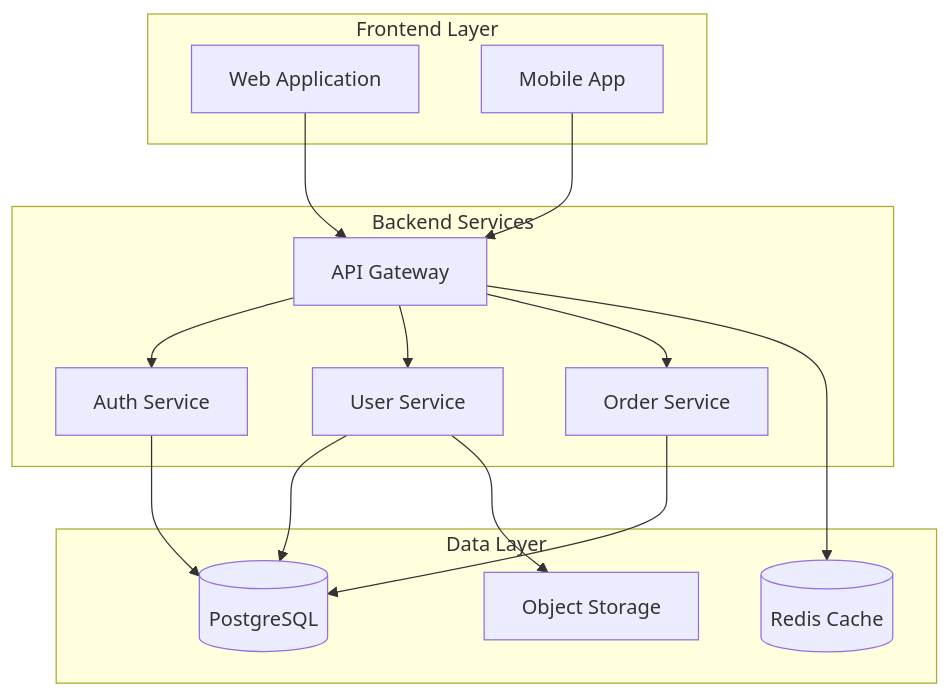
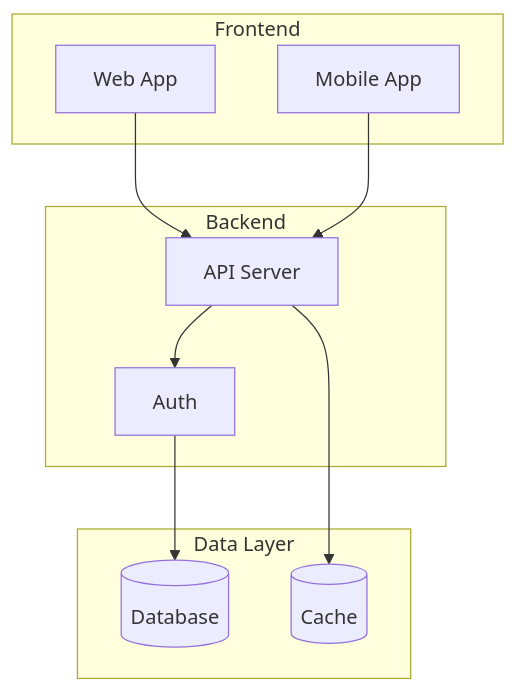
One commit to henry3556108/mermaid-render changed the diagram in diagrams/L1-overview.mmd. Above: the diagram before and after it, drawn with Mermaid. The commit also changed 4 other files, not shown here.

Commit message:
Simplify sample diagram

```diff
--- a/diagrams/L1-overview.mmd
+++ b/diagrams/L1-overview.mmd
@@ -1,29 +1,21 @@
 graph TB
-  subgraph Frontend["Frontend Layer"]
-    WebApp["Web Application"]
+  subgraph Frontend["Frontend"]
+    WebApp["Web App"]
     MobileApp["Mobile App"]
   end
 
-  subgraph Backend["Backend Services"]
-    APIGateway["API Gateway"]
-    AuthService["Auth Service"]
-    UserService["User Service"]
-    OrderService["Order Service"]
-    APIGateway --> AuthService
-    APIGateway --> UserService
-    APIGateway --> OrderService
+  subgraph Backend["Backend"]
+    API["API Server"]
+    Auth["Auth"]
+    API --> Auth
   end
 
   subgraph DataLayer["Data Layer"]
-    PostgreSQL[("PostgreSQL")]
-    Redis[("Redis Cache")]
-    S3["Object Storage"]
+    DB[("Database")]
+    Cache[("Cache")]
   end
 
-  WebApp --> APIGateway
-  MobileApp --> APIGateway
-  AuthService --> PostgreSQL
-  UserService --> PostgreSQL
-  OrderService --> PostgreSQL
-  APIGateway --> Redis
-  UserService --> S3
+  WebApp --> API
+  MobileApp --> API
+  Auth --> DB
+  API --> Cache
```
